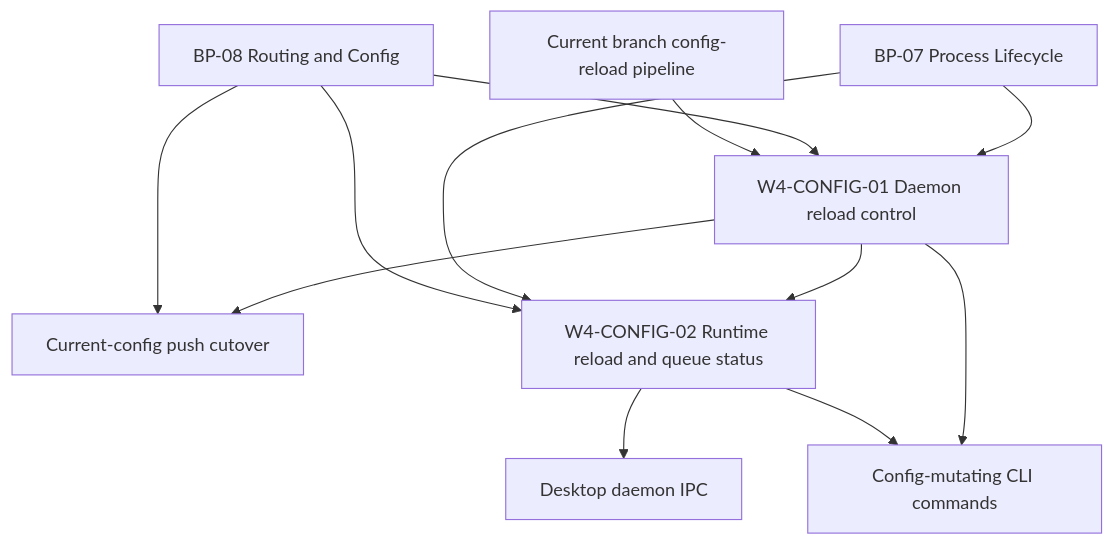
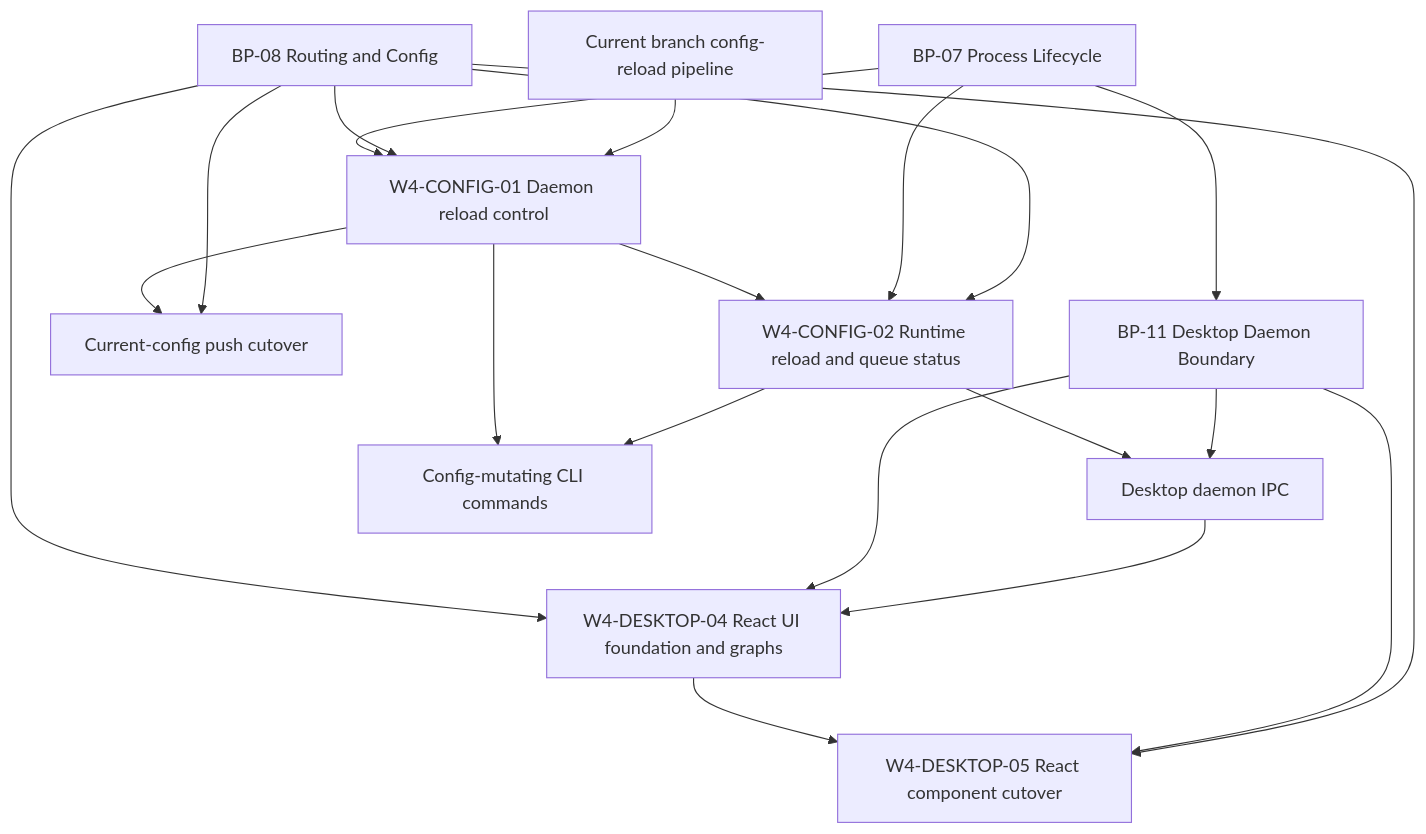
Before and after one commit to mendeleden/jin: the diagram in .execution/program.md, drawn with Mermaid. The commit also changed other lines of this file and 58 other files, not shown here.

Commit message:
feat(desktop): add React shell and routing views

````diff
--- a/.execution/program.md
+++ b/.execution/program.md
@@ -20,23 +25,34 @@
 ```mermaid
 flowchart TD
   BP07[BP-07 Process Lifecycle]
   BP08[BP-08 Routing and Config]
+  BP11[BP-11 Desktop Daemon Boundary]
   ReloadPipeline[Current branch config-reload pipeline]
   W4C01[W4-CONFIG-01 Daemon reload control]
   PushCutover[Current-config push cutover]
   W4C02[W4-CONFIG-02 Runtime reload and queue status]
   Desktop[Desktop daemon IPC]
   CLI[Config-mutating CLI commands]
+  W4D04[W4-DESKTOP-04 React UI foundation and graphs]
+  W4D05[W4-DESKTOP-05 React component cutover]
 
   BP07 --> W4C01
   BP08 --> W4C01
   ReloadPipeline --> W4C01
   W4C01 --> PushCutover
   BP08 --> PushCutover
   W4C01 --> CLI
   W4C01 --> W4C02
   BP07 --> W4C02
   BP08 --> W4C02
   W4C02 --> Desktop
   W4C02 --> CLI
+  BP07 --> BP11
+  BP11 --> Desktop
+  BP08 --> W4D04
+  BP11 --> W4D04
+  Desktop --> W4D04
+  W4D04 --> W4D05
+  BP11 --> W4D05
+  BP08 --> W4D05
 ```
````
